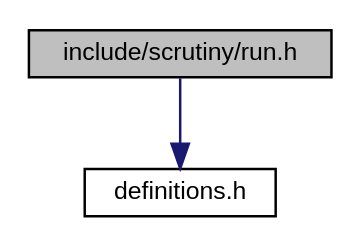
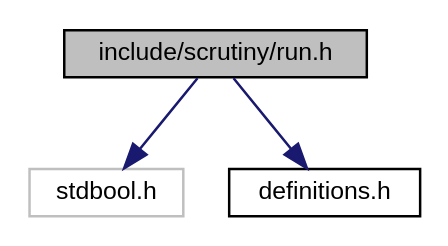
One commit to nickeldan/scrutiny changed the diagram in docs/run_8h__incl.dot. Above: the diagram before and after it, drawn with Graphviz. The commit also changed 25 other files, not shown here.

```diff
--- a/docs/run_8h__incl.dot
+++ b/docs/run_8h__incl.dot
@@ -1,9 +1,11 @@
 digraph "include/scrutiny/run.h"
 {
  // LATEX_PDF_SIZE
   edge [fontname="Helvetica",fontsize="10",labelfontname="Helvetica",labelfontsize="10"];
   node [fontname="Helvetica",fontsize="10",shape=record];
   Node1 [label="include/scrutiny/run.h",height=0.2,width=0.4,color="black", fillcolor="grey75", style="filled", fontcolor="black",tooltip="Defines the runner functionality."];
   Node1 -> Node2 [color="midnightblue",fontsize="10",style="solid",fontname="Helvetica"];
-  Node2 [label="definitions.h",height=0.2,width=0.4,color="black", fillcolor="white", style="filled",URL="$definitions_8h_source.html",tooltip=" "];
+  Node2 [label="stdbool.h",height=0.2,width=0.4,color="grey75", fillcolor="white", style="filled",tooltip=" "];
+  Node1 -> Node3 [color="midnightblue",fontsize="10",style="solid",fontname="Helvetica"];
+  Node3 [label="definitions.h",height=0.2,width=0.4,color="black", fillcolor="white", style="filled",URL="$definitions_8h_source.html",tooltip=" "];
 }
```
